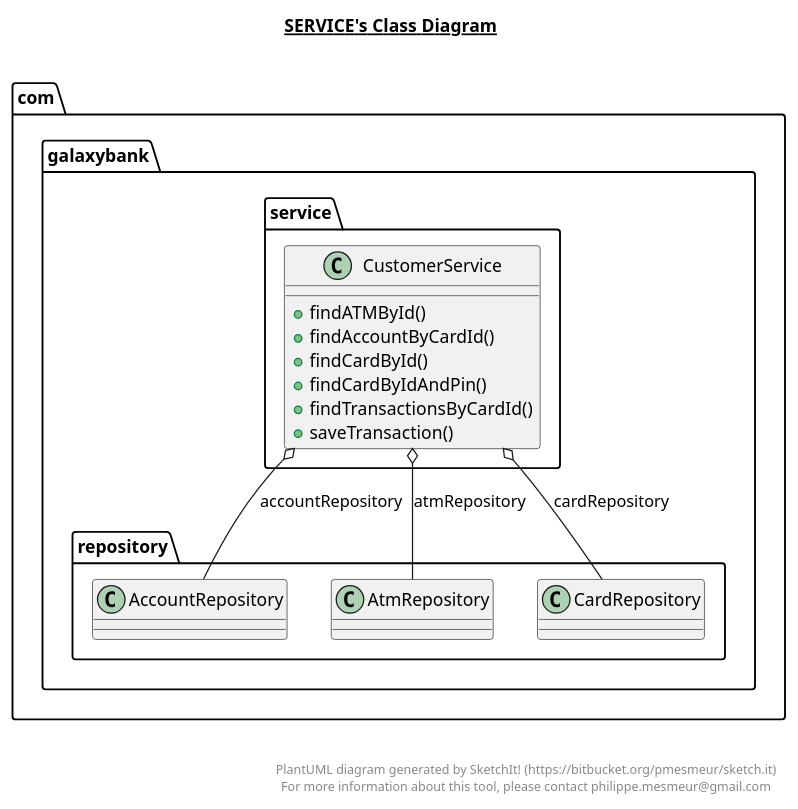
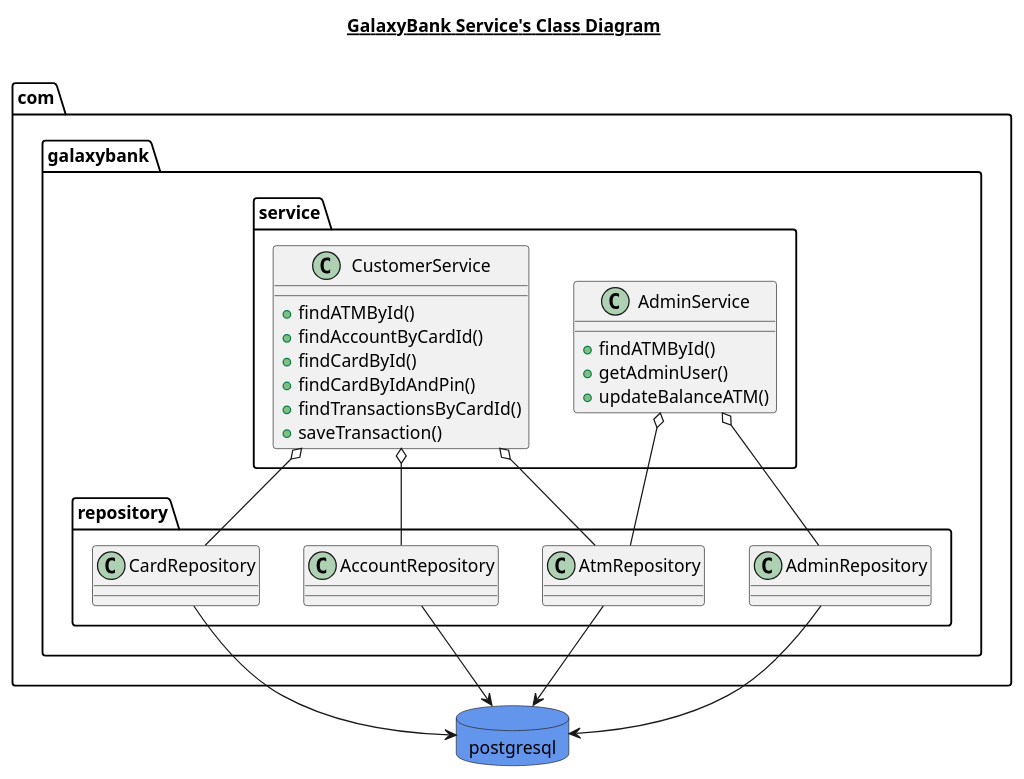
One commit to josecmarcucci005/galaxybank-atm changed the diagram in src/main/java/com/galaxybank/service/service.plantuml. Above: the diagram before and after it, drawn with PlantUML. The commit also changed 5 other files, not shown here.

Commit message:
adding final uml diagrams

```diff
--- a/src/main/java/com/galaxybank/service/service.plantuml
+++ b/src/main/java/com/galaxybank/service/service.plantuml
@@ -1,31 +1,39 @@
 @startuml
 
-title __SERVICE's Class Diagram__\n
+title __GalaxyBank Service's Class Diagram__\n
 
-  namespace com.galaxybank {
-    namespace service {
-      class com.galaxybank.service.CustomerService {
+  database postgresql {
+
+    }
+
+    skinparam databaseBackgroundColor CornflowerBlue
+
+  namespace com.galaxybank.service {
+      class AdminService {
+          + findATMById()
+          + getAdminUser()
+          + updateBalanceATM()
+      }
+      class CustomerService {
           + findATMById()
           + findAccountByCardId()
           + findCardById()
           + findCardByIdAndPin()
           + findTransactionsByCardId()
           + saveTransaction()
       }
-    }
   }
-  
 
-  com.galaxybank.service.CustomerService o-- com.galaxybank.repository.AccountRepository : accountRepository
-  com.galaxybank.service.CustomerService o-- com.galaxybank.repository.AtmRepository : atmRepository
-  com.galaxybank.service.CustomerService o-- com.galaxybank.repository.CardRepository : cardRepository
+  com.galaxybank.service.AdminService o-- com.galaxybank.repository.AdminRepository
+  com.galaxybank.service.AdminService o-- com.galaxybank.repository.AtmRepository
+  com.galaxybank.service.CustomerService o-- com.galaxybank.repository.AccountRepository
+  com.galaxybank.service.CustomerService o-- com.galaxybank.repository.AtmRepository
+  com.galaxybank.service.CustomerService o-- com.galaxybank.repository.CardRepository
+
+  com.galaxybank.repository.CardRepository --> postgresql
+  com.galaxybank.repository.AtmRepository --> postgresql
+  com.galaxybank.repository.AdminRepository --> postgresql
+  com.galaxybank.repository.AccountRepository --> postgresql
 
 
-right footer
-
-
-PlantUML diagram generated by SketchIt! (https://bitbucket.org/pmesmeur/sketch.it)
-For more information about this tool, please contact philippe.mesmeur@gmail.com
-endfooter
-
 @enduml
```
